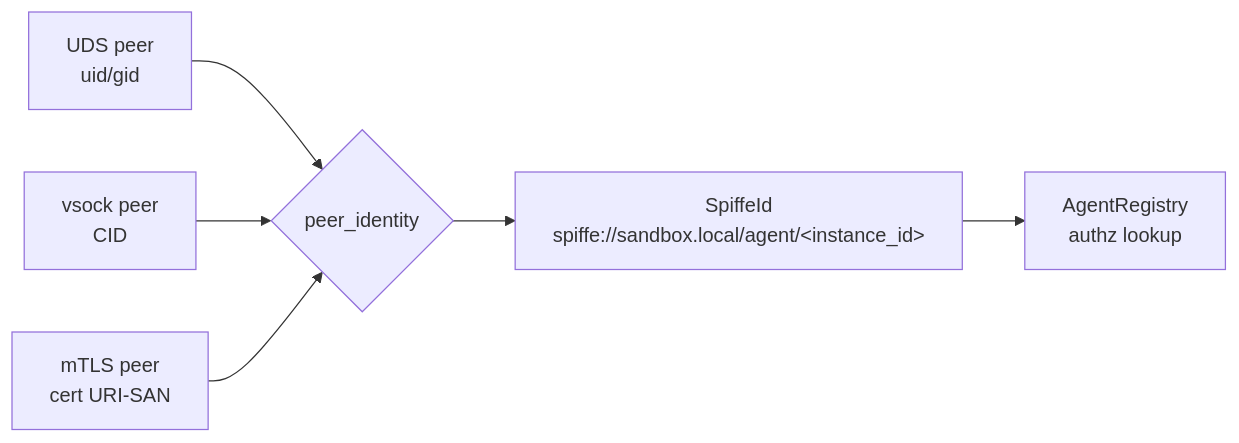
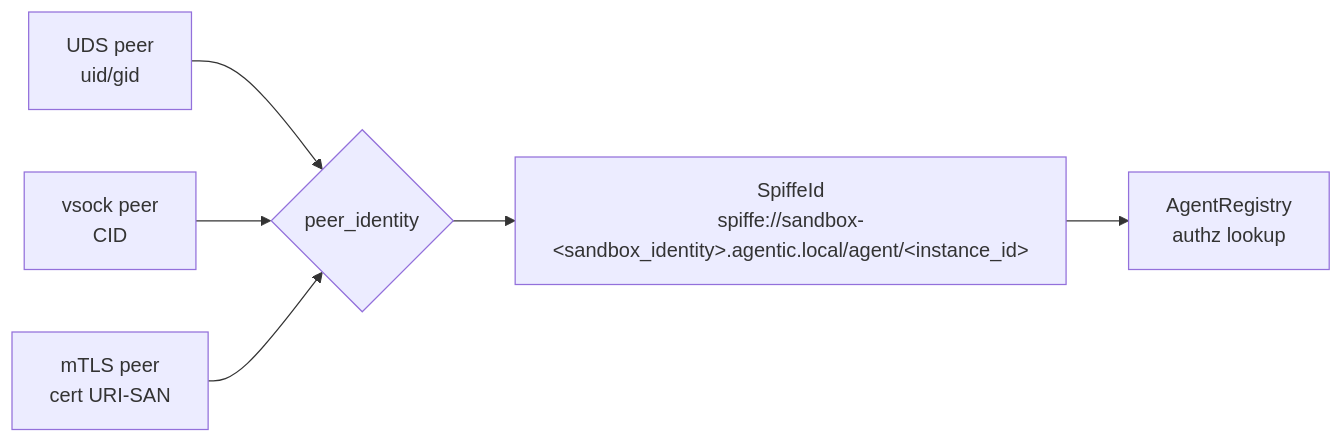
Before and after one commit to jmagly/agentic-sandbox: the second of 4 diagrams in .aiwg/architecture/agent-transport-security-sad.md, drawn with Mermaid. The commit also changed other lines of this file and 13 other files, not shown here.

````diff
--- a/.aiwg/architecture/agent-transport-security-sad.md
+++ b/.aiwg/architecture/agent-transport-security-sad.md
@@ -80,8 +80,8 @@
 ```mermaid
 flowchart LR
   UDS[UDS peer\nuid/gid] --> R{peer_identity}
   VSOCK[vsock peer\nCID] --> R
   TLS[mTLS peer\ncert URI-SAN] --> R
-  R --> ID["SpiffeId\nspiffe://sandbox.local/agent/&lt;instance_id&gt;"]
+  R --> ID["SpiffeId\nspiffe://sandbox-&lt;sandbox_identity&gt;.agentic.local/agent/&lt;instance_id&gt;"]
   ID --> REG[AgentRegistry\nauthz lookup]
 ```
````
